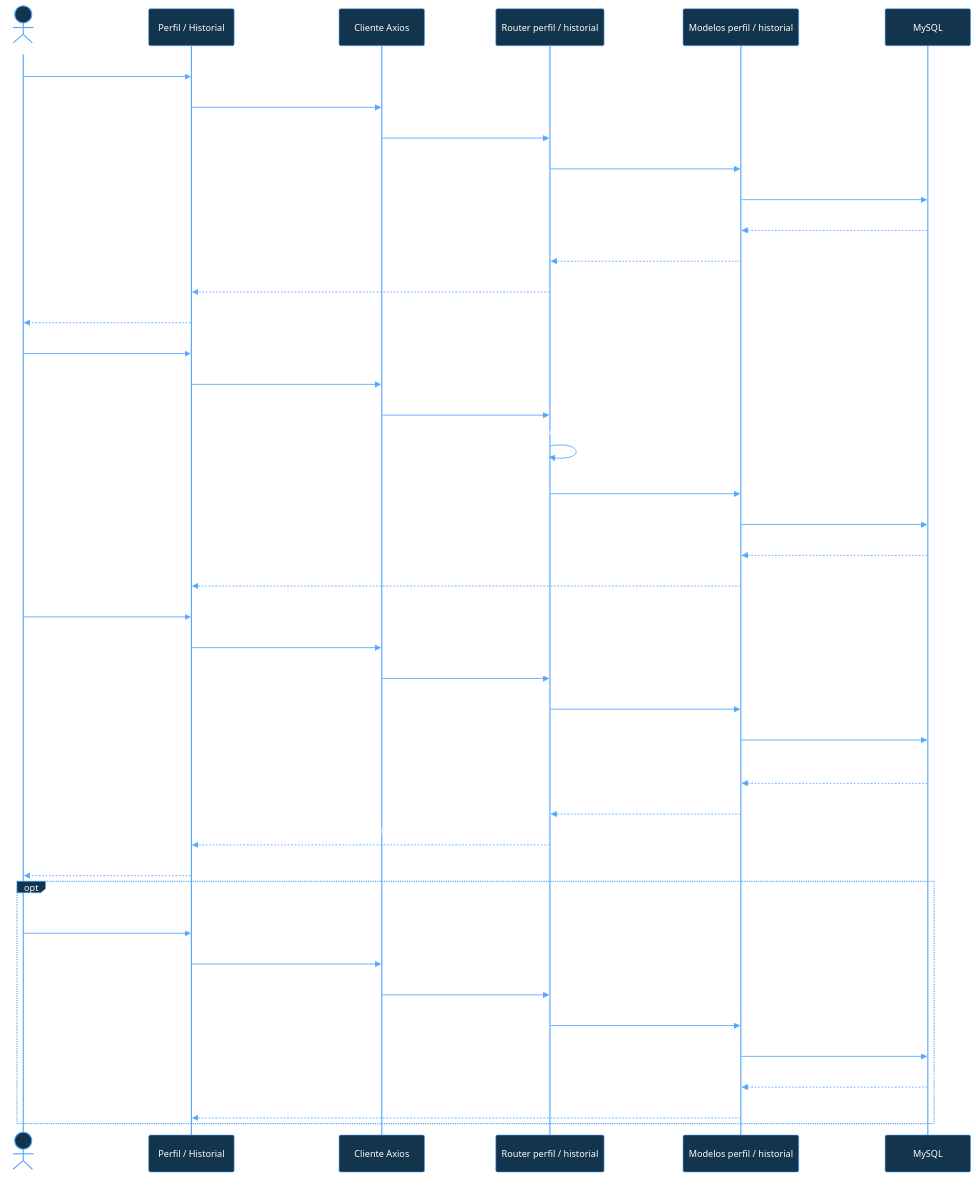
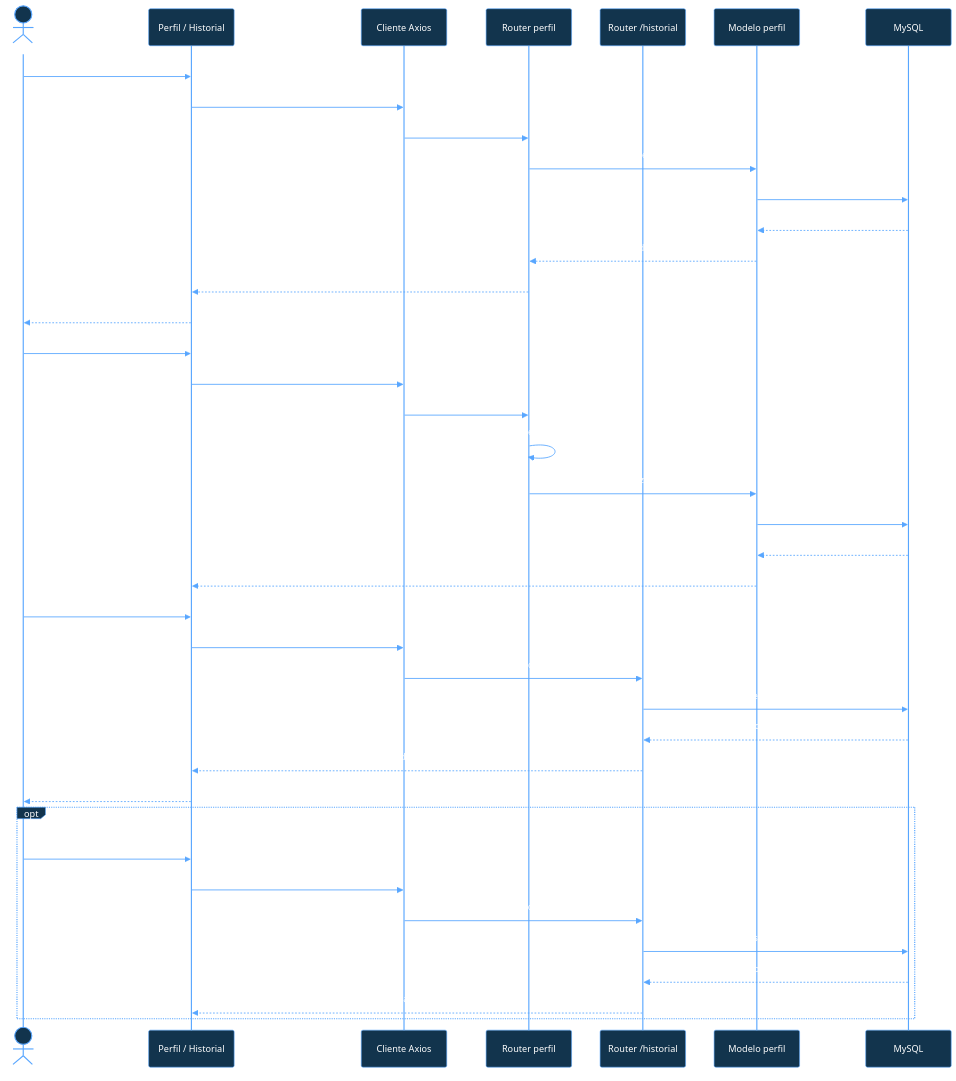
The sixth of 15 diagrams in docs/diagramas-secuencia-bookyhome.md (crisleon93/bookyhome), drawn with Mermaid before and after one commit. The commit also changed other lines of this file and 30 other files, not shown here.

First line of the commit message:
docs: revisa y organiza la documentacion UML de BookyHome

````diff
--- a/docs/diagramas-secuencia-bookyhome.md
+++ b/docs/diagramas-secuencia-bookyhome.md
@@ -296,49 +300,47 @@
 ```mermaid
-%%{init: {"theme":"base","themeVariables":{"background":"#0B1020","primaryColor":"#12344D","primaryTextColor":"#FFFFFF","primaryBorderColor":"#58A6FF","lineColor":"#58A6FF","textColor":"#FFFFFF","actorBkg":"#12344D","actorBorder":"#58A6FF","actorTextColor":"#FFFFFF","actorLineColor":"#58A6FF","signalColor":"#58A6FF","signalTextColor":"#FFFFFF","labelBoxBkgColor":"#12344D","labelBoxBorderColor":"#58A6FF","labelTextColor":"#FFFFFF","loopTextColor":"#FFFFFF","noteBkgColor":"#12344D","noteBorderColor":"#58A6FF","noteTextColor":"#FFFFFF","activationBkgColor":"#12344D","activationBorderColor":"#58A6FF","sequenceNumberColor":"#FFFFFF"}}}%%
+%%{init: {"theme":"base","themeVariables":{"background":"#000000","primaryColor":"#12344D","primaryTextColor":"#FFFFFF","primaryBorderColor":"#58A6FF","lineColor":"#58A6FF","textColor":"#FFFFFF","actorBkg":"#12344D","actorBorder":"#58A6FF","actorTextColor":"#FFFFFF","actorLineColor":"#58A6FF","signalColor":"#58A6FF","signalTextColor":"#FFFFFF","labelBoxBkgColor":"#12344D","labelBoxBorderColor":"#58A6FF","labelTextColor":"#FFFFFF","loopTextColor":"#FFFFFF","noteBkgColor":"#12344D","noteBorderColor":"#58A6FF","noteTextColor":"#FFFFFF","activationBkgColor":"#12344D","activationBorderColor":"#58A6FF","sequenceNumberColor":"#FFFFFF"}}}%%
 sequenceDiagram
     actor Usuario
     participant UI as Perfil / Historial
     participant Axios as Cliente Axios
-    participant API as Router perfil / historial
-    participant Modelo as Modelos perfil / historial
+    participant API as Router perfil
+    participant Historial as Router /historial
+    participant Modelo as Modelo perfil
     participant DB as MySQL
 
     Usuario->>UI: Abre perfil
     UI->>Axios: GET /perfil/mi-perfil
     Axios->>API: Bearer JWT
     API->>Modelo: Obtiene perfil
     Modelo->>DB: Usuario y datos asociados
     DB-->>Modelo: Perfil
     Modelo-->>API: Datos del perfil
     API-->>UI: Respuesta HTTP
     UI-->>Usuario: Muestra datos
 
     Usuario->>UI: Actualiza datos o preferencias
     UI->>Axios: PUT /perfil/actualizar
     Axios->>API: Cambios solicitados
     API->>API: Valida usuario autenticado y campos
     API->>Modelo: Actualiza perfil
     Modelo->>DB: UPDATE usuario/perfil
     DB-->>Modelo: Confirmación
     Modelo-->>UI: Perfil actualizado
 
     Usuario->>UI: Consulta historial
-    UI->>Axios: GET /historial-interacciones
-    Axios->>API: Filtro, límite y desplazamiento
-    API->>Modelo: Obtener historial y estadísticas
-    Modelo->>DB: Interacciones del usuario
-    DB-->>Modelo: Visualizaciones, compras, reseñas,<br/>favoritos y otros eventos
-    Modelo-->>API: Historial agregado
-    API-->>UI: Listado y estadísticas
+    UI->>Axios: GET /historial?tipo=...&limit=...&offset=...
+    Axios->>Historial: JWT, filtro, límite y desplazamiento
+    Historial->>DB: Consulta interacciones del usuario
+    DB-->>Historial: Interacciones paginadas
+    Historial-->>UI: Listado de interacciones
     UI-->>Usuario: Presenta filtros y resultados
 
     opt Eliminar interacción
         Usuario->>UI: Solicita eliminar
-        UI->>Axios: DELETE /historial-interacciones/{id}
-        Axios->>API: Id de interacción
-        API->>Modelo: Elimina solo si pertenece al usuario
-        Modelo->>DB: DELETE
-        DB-->>Modelo: Confirmación
-        Modelo-->>UI: Historial actualizado
+        UI->>Axios: DELETE /historial/{id_interaccion}
+        Axios->>Historial: Id de interacción y JWT
+        Historial->>DB: Elimina solo si pertenece al usuario
+        DB-->>Historial: Confirmación
+        Historial-->>UI: Historial actualizado
     end
 ```
````
